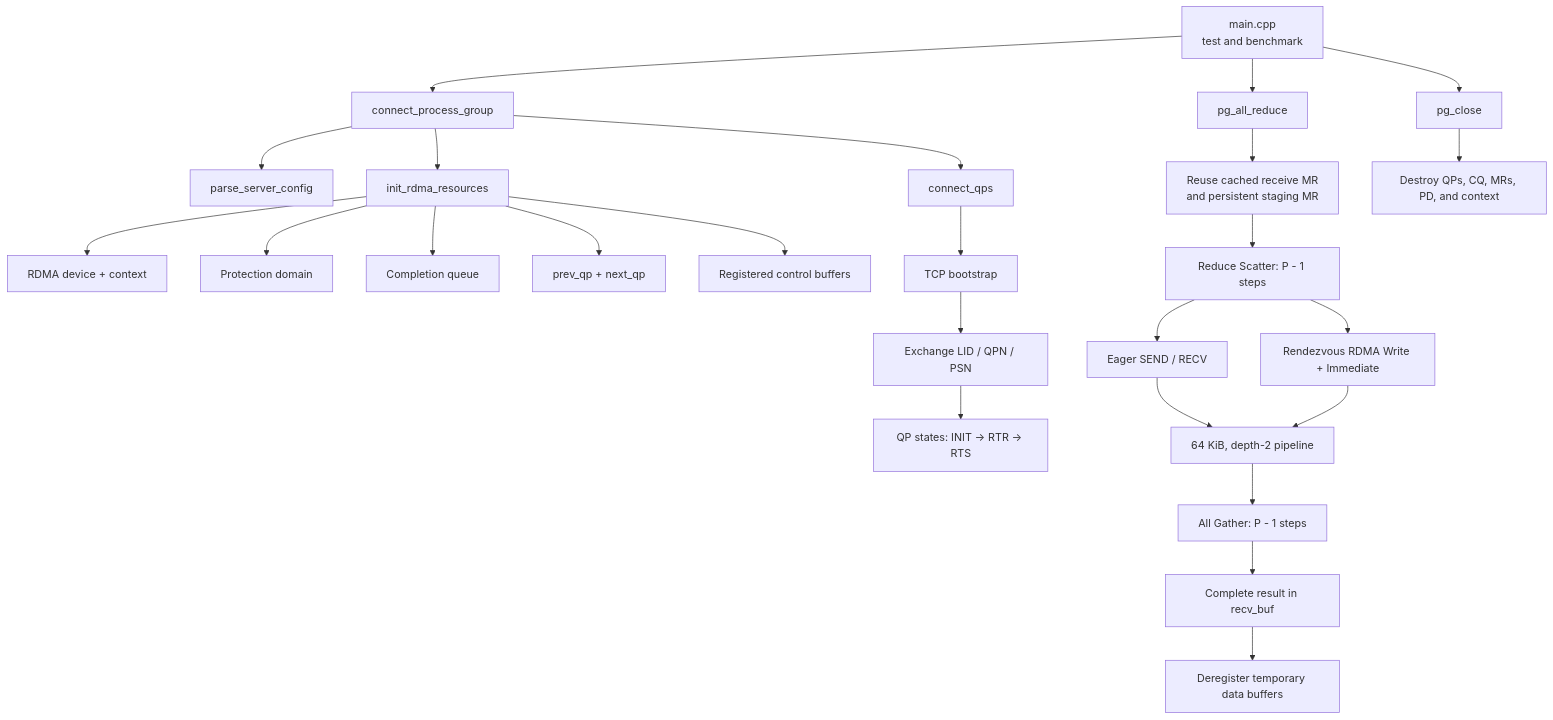
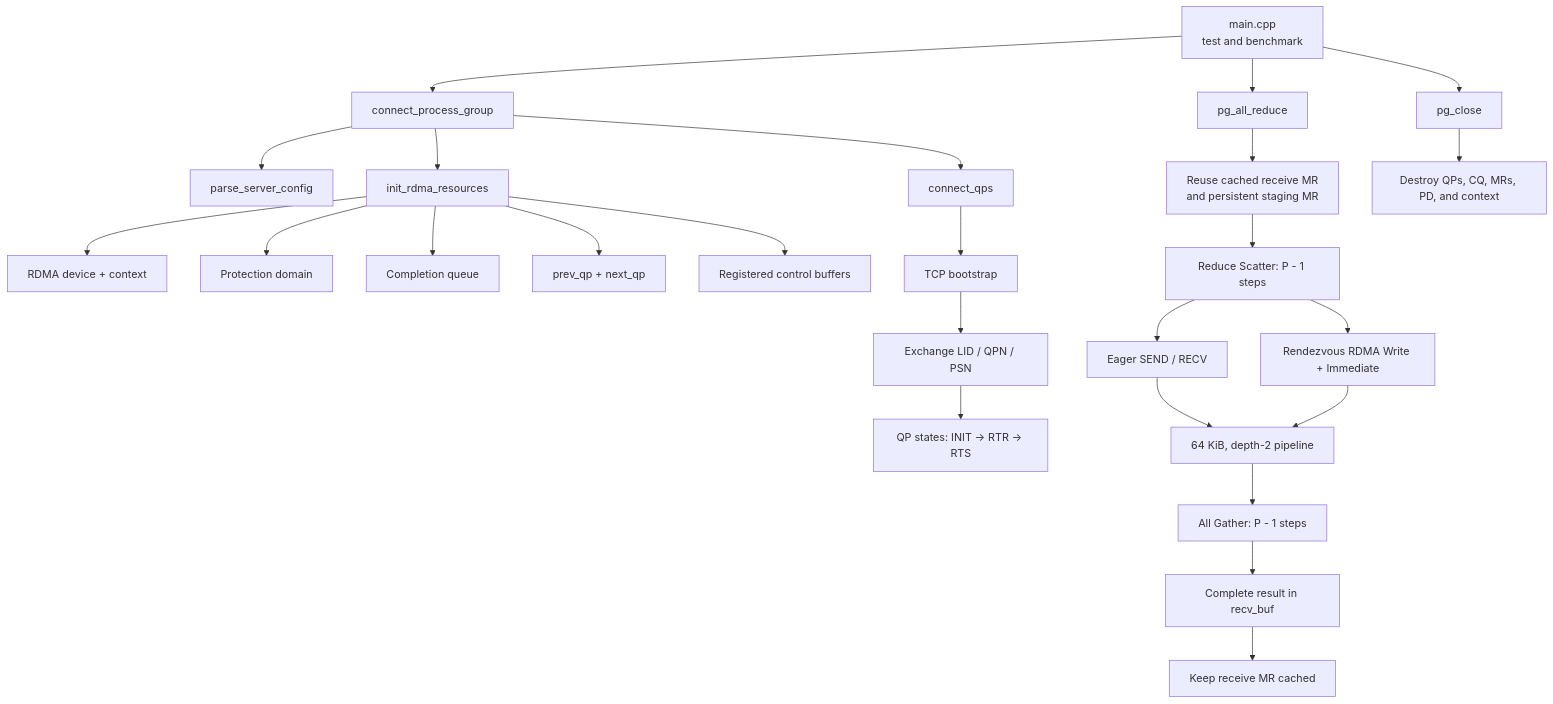
One commit to shir49Inbar/CNEx3 changed the first of 3 diagrams in README.md. Above: the diagram before and after it, drawn with Mermaid. The commit also changed other lines of this file and 4 other files, not shown here.

````diff
--- a/README.md
+++ b/README.md
@@ -28,32 +28,32 @@
 ```mermaid
 flowchart TD
     Main["main.cpp<br/>test and benchmark"] --> Connect["connect_process_group"]
     Connect --> Parse["parse_server_config"]
     Connect --> Init["init_rdma_resources"]
     Connect --> ConnectQPs["connect_qps"]
 
     Init --> Device["RDMA device + context"]
     Init --> PD["Protection domain"]
     Init --> CQ["Completion queue"]
     Init --> QPs["prev_qp + next_qp"]
     Init --> Control["Registered control buffers"]
 
     ConnectQPs --> TCP["TCP bootstrap"]
     TCP --> Exchange["Exchange LID / QPN / PSN"]
     Exchange --> QPState["QP states: INIT -> RTR -> RTS"]
 
     Main --> AllReduce["pg_all_reduce"]
     AllReduce --> Register["Reuse cached receive MR<br/>and persistent staging MR"]
     Register --> ReduceScatter["Reduce Scatter: P - 1 steps"]
     ReduceScatter --> Eager["Eager SEND / RECV"]
     ReduceScatter --> Rendezvous["Rendezvous RDMA Write + Immediate"]
     Eager --> Pipeline["64 KiB, depth-2 pipeline"]
     Rendezvous --> Pipeline
 
     Pipeline --> AllGather["All Gather: P - 1 steps"]
     AllGather --> FinalBuffer["Complete result in recv_buf"]
-    FinalBuffer --> Release["Deregister temporary data buffers"]
+    FinalBuffer --> Cached["Keep receive MR cached"]
 
     Main --> Close["pg_close"]
     Close --> Cleanup["Destroy QPs, CQ, MRs, PD, and context"]
 ```
````
